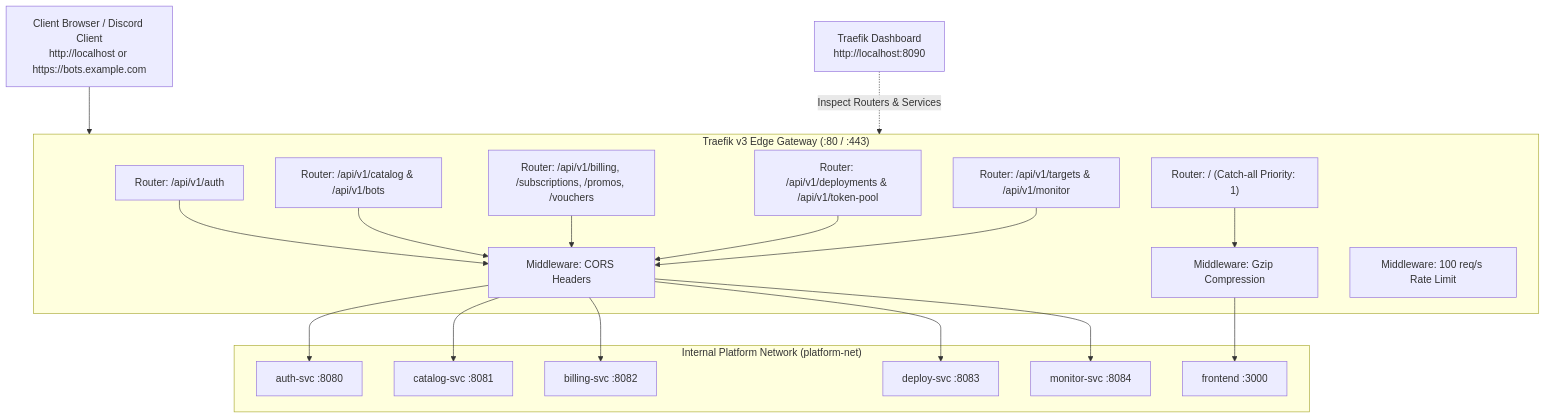
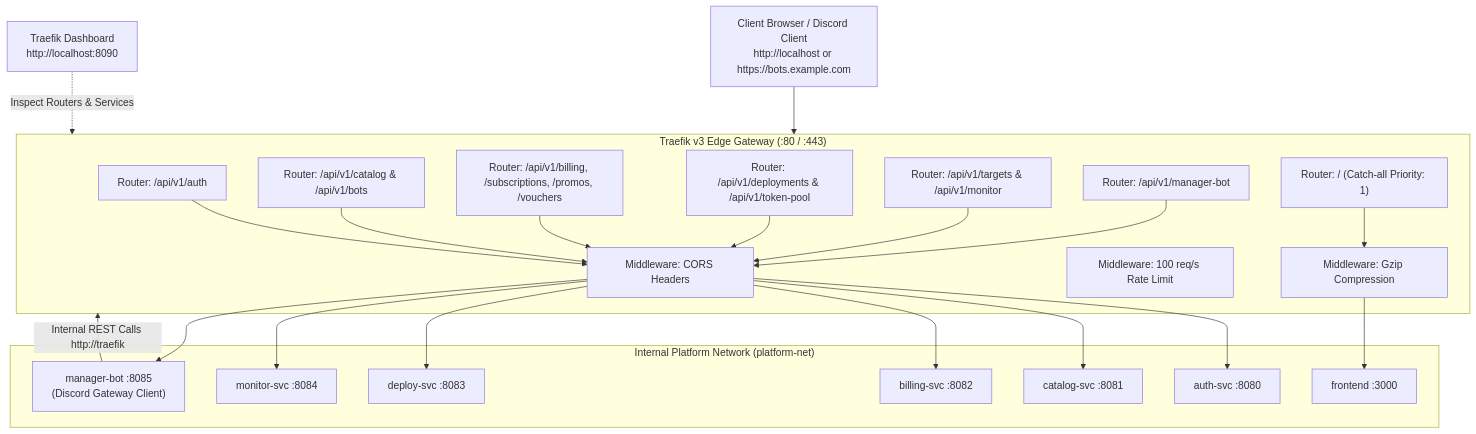
Before and after one commit to Abdo30004/discord-subscriptions: the diagram in docs/REVERSE_PROXY_TRAEFIK.md, drawn with Mermaid. The commit also changed other lines of this file and 2 other files, not shown here.

Commit message:
docs(changelog): document manager-bot container execution and Traefik reverse proxy networking

````diff
--- a/docs/REVERSE_PROXY_TRAEFIK.md
+++ b/docs/REVERSE_PROXY_TRAEFIK.md
@@ -17,37 +17,41 @@
 ```mermaid
 flowchart TD
     Client["Client Browser / Discord Client<br/>http://localhost or https://bots.example.com"]
     Dashboard["Traefik Dashboard<br/>http://localhost:8090"]
 
     subgraph TraefikGateway ["Traefik v3 Edge Gateway (:80 / :443)"]
         RouterAuth["Router: /api/v1/auth"]
         RouterCatalog["Router: /api/v1/catalog & /api/v1/bots"]
         RouterBilling["Router: /api/v1/billing, /subscriptions, /promos, /vouchers"]
         RouterDeploy["Router: /api/v1/deployments & /api/v1/token-pool"]
         RouterMonitor["Router: /api/v1/targets & /api/v1/monitor"]
+        RouterBot["Router: /api/v1/manager-bot"]
         RouterUI["Router: / (Catch-all Priority: 1)"]
 
         MWCors["Middleware: CORS Headers"]
         MWCompress["Middleware: Gzip Compression"]
         MWRateLimit["Middleware: 100 req/s Rate Limit"]
     end
 
     subgraph UpstreamServices ["Internal Platform Network (platform-net)"]
         AuthSvc["auth-svc :8080"]
         CatalogSvc["catalog-svc :8081"]
         BillingSvc["billing-svc :8082"]
         DeploySvc["deploy-svc :8083"]
         MonitorSvc["monitor-svc :8084"]
+        ManagerBot["manager-bot :8085<br/>(Discord Gateway Client)"]
         Frontend["frontend :3000"]
     end
 
     Client --> TraefikGateway
     Dashboard -.->|Inspect Routers & Services| TraefikGateway
+    ManagerBot -->|Internal REST Calls http://traefik| TraefikGateway
 
     RouterAuth --> MWCors --> AuthSvc
     RouterCatalog --> MWCors --> CatalogSvc
     RouterBilling --> MWCors --> BillingSvc
     RouterDeploy --> MWCors --> DeploySvc
     RouterMonitor --> MWCors --> MonitorSvc
+    RouterBot --> MWCors --> ManagerBot
     RouterUI --> MWCompress --> Frontend
 ```
````
